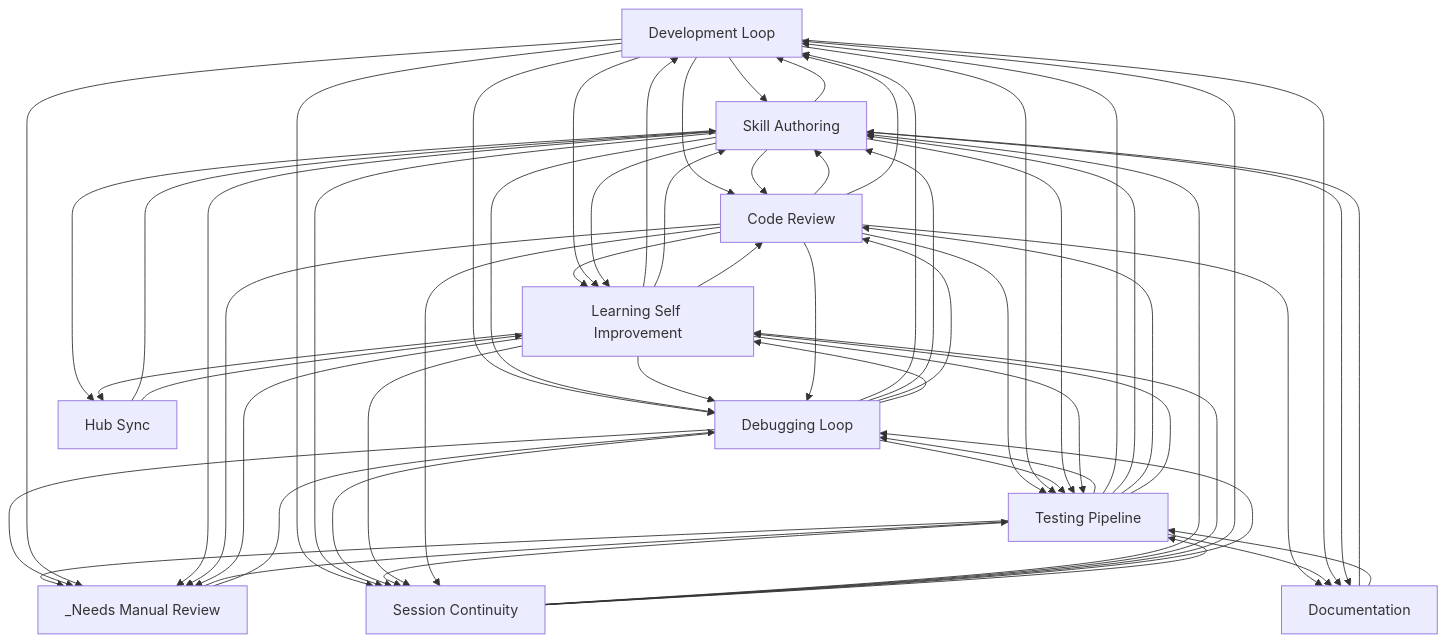
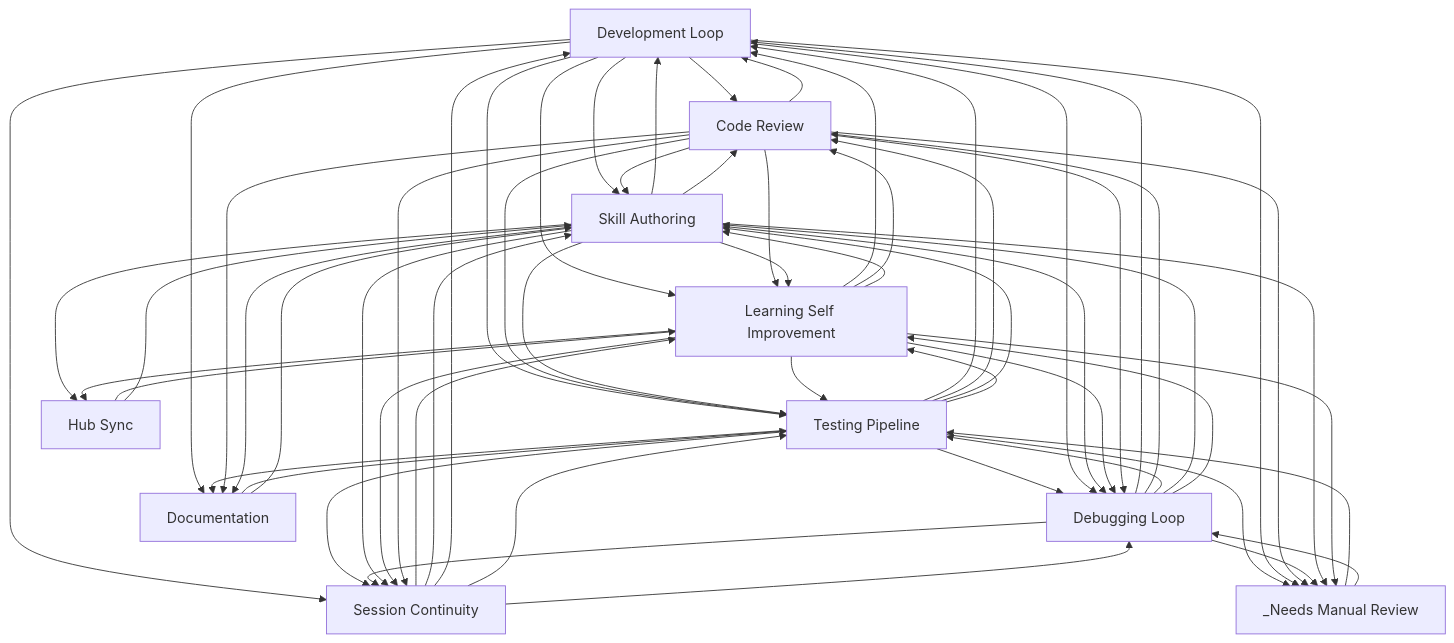
One commit to abhayla/claude-best-practices changed the diagram in docs/workflows/INDEX.md. Above: the diagram before and after it, drawn with Mermaid. The commit also changed other lines of this file and 12 other files, not shown here.

````diff
--- a/docs/workflows/INDEX.md
+++ b/docs/workflows/INDEX.md
@@ -22,72 +22,72 @@
 ```mermaid
 graph TD
     development_loop[Development Loop]
     testing_pipeline[Testing Pipeline]
     debugging_loop[Debugging Loop]
     learning_self_improvement[Learning Self Improvement]
     session_continuity[Session Continuity]
     skill_authoring[Skill Authoring]
     code_review[Code Review]
     documentation[Documentation]
     hub_sync[Hub Sync]
     _needs_manual_review[_Needs Manual Review]
+    documentation --> testing_pipeline
     documentation --> skill_authoring
-    documentation --> testing_pipeline
+    development_loop --> code_review
+    development_loop --> skill_authoring
+    code_review --> development_loop
     code_review --> skill_authoring
-    code_review --> development_loop
-    development_loop --> skill_authoring
-    development_loop --> code_review
+    development_loop --> learning_self_improvement
+    development_loop --> testing_pipeline
     code_review --> learning_self_improvement
     code_review --> testing_pipeline
-    development_loop --> learning_self_improvement
-    development_loop --> testing_pipeline
+    testing_pipeline --> development_loop
+    testing_pipeline --> code_review
     testing_pipeline --> debugging_loop
-    testing_pipeline --> development_loop
     testing_pipeline --> skill_authoring
-    testing_pipeline --> code_review
     debugging_loop --> development_loop
-    debugging_loop --> skill_authoring
     debugging_loop --> code_review
     debugging_loop --> testing_pipeline
+    debugging_loop --> skill_authoring
     development_loop --> debugging_loop
+    skill_authoring --> development_loop
     skill_authoring --> code_review
-    skill_authoring --> development_loop
     skill_authoring --> learning_self_improvement
     skill_authoring --> testing_pipeline
+    development_loop --> documentation
+    testing_pipeline --> documentation
     code_review --> documentation
-    testing_pipeline --> documentation
-    development_loop --> documentation
     development_loop --> session_continuity
     _needs_manual_review --> testing_pipeline
     testing_pipeline --> _needs_manual_review
+    testing_pipeline --> session_continuity
+    debugging_loop --> session_continuity
     skill_authoring --> session_continuity
-    debugging_loop --> session_continuity
-    testing_pipeline --> session_continuity
     skill_authoring --> debugging_loop
     _needs_manual_review --> debugging_loop
+    testing_pipeline --> learning_self_improvement
     debugging_loop --> learning_self_improvement
-    testing_pipeline --> learning_self_improvement
-    learning_self_improvement --> debugging_loop
     learning_self_improvement --> development_loop
-    learning_self_improvement --> skill_authoring
     learning_self_improvement --> code_review
     learning_self_improvement --> testing_pipeline
+    learning_self_improvement --> debugging_loop
+    learning_self_improvement --> skill_authoring
     code_review --> debugging_loop
+    development_loop --> _needs_manual_review
+    code_review --> _needs_manual_review
     debugging_loop --> _needs_manual_review
-    development_loop --> _needs_manual_review
     skill_authoring --> _needs_manual_review
-    code_review --> _needs_manual_review
     learning_self_improvement --> session_continuity
     code_review --> session_continuity
+    session_continuity --> learning_self_improvement
     session_continuity --> skill_authoring
-    session_continuity --> learning_self_improvement
     session_continuity --> development_loop
+    session_continuity --> testing_pipeline
     session_continuity --> debugging_loop
-    session_continuity --> testing_pipeline
     skill_authoring --> hub_sync
     learning_self_improvement --> hub_sync
     learning_self_improvement --> _needs_manual_review
+    hub_sync --> learning_self_improvement
     hub_sync --> skill_authoring
-    hub_sync --> learning_self_improvement
     skill_authoring --> documentation
 ```
````
